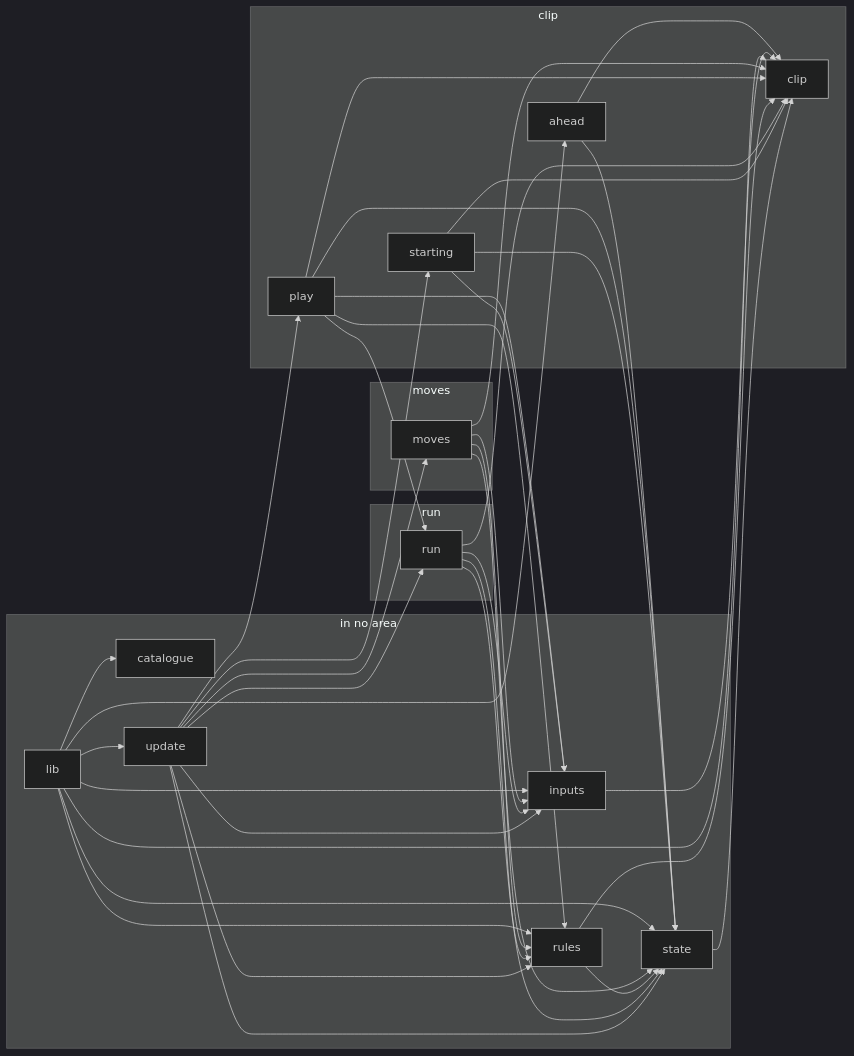
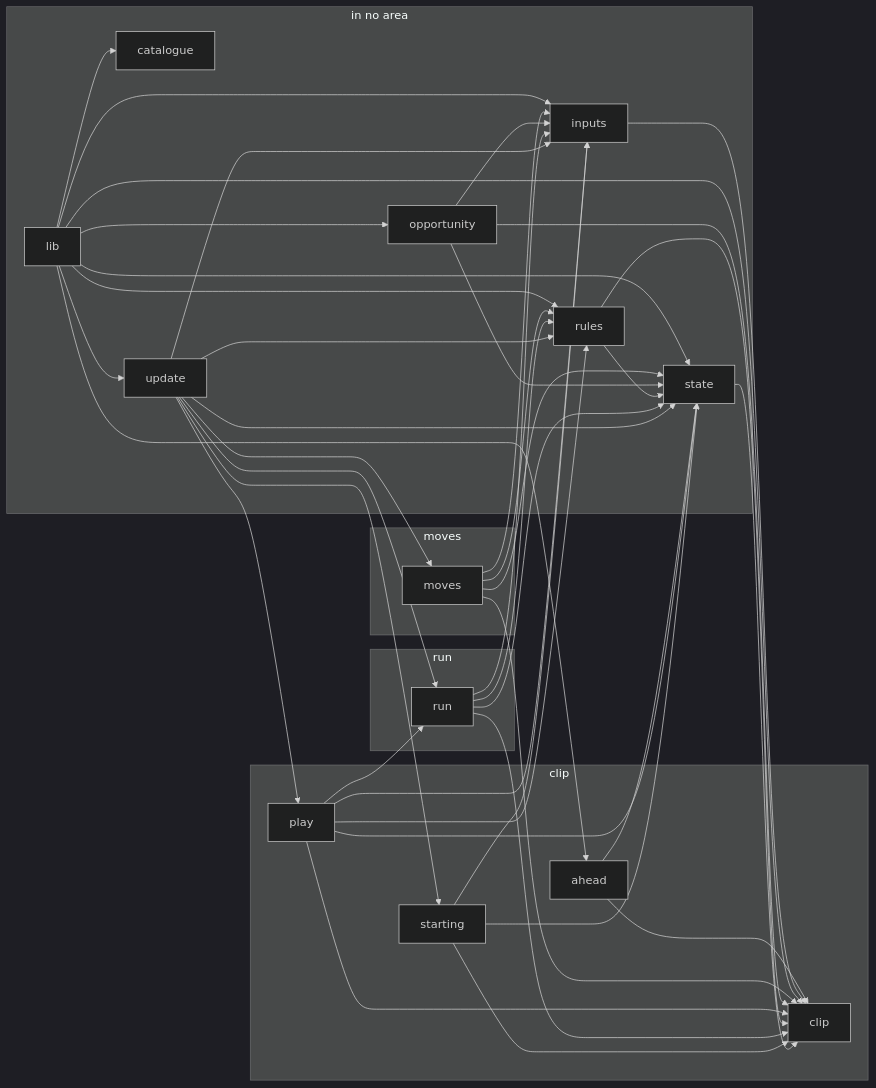
The tenth of 12 diagrams in docs/REPORT.md (JimLundin/sm-decomp), drawn with Mermaid (dark theme) before and after one commit. The commit also changed other lines of this file and 42 other files, not shown here.

````diff
--- a/docs/REPORT.md
+++ b/docs/REPORT.md
@@ -1927,59 +1939,64 @@
 ```mermaid
 graph LR
   subgraph a_in_no_area["in no area"]
     m_catalogue["catalogue"]
     m_inputs["inputs"]
     m_lib["lib"]
+    m_opportunity["opportunity"]
     m_rules["rules"]
     m_state["state"]
     m_update["update"]
   end
   subgraph a_clip["clip"]
     m_ahead["ahead"]
     m_clip["clip"]
     m_play["play"]
     m_starting["starting"]
   end
   subgraph a_moves["moves"]
     m_moves["moves"]
   end
   subgraph a_run["run"]
     m_run["run"]
   end
   m_ahead --> m_clip
   m_ahead --> m_state
   m_inputs --> m_clip
   m_lib --> m_ahead
   m_lib --> m_catalogue
   m_lib --> m_clip
   m_lib --> m_inputs
+  m_lib --> m_opportunity
   m_lib --> m_rules
   m_lib --> m_state
   m_lib --> m_update
   m_moves --> m_clip
   m_moves --> m_inputs
   m_moves --> m_rules
   m_moves --> m_state
+  m_opportunity --> m_clip
+  m_opportunity --> m_inputs
+  m_opportunity --> m_state
   m_play --> m_clip
   m_play --> m_inputs
   m_play --> m_rules
   m_play --> m_run
   m_play --> m_state
   m_rules --> m_clip
   m_rules --> m_state
   m_run --> m_clip
   m_run --> m_inputs
   m_run --> m_rules
   m_run --> m_state
   m_starting --> m_clip
   m_starting --> m_inputs
   m_starting --> m_state
   m_state --> m_clip
   m_update --> m_inputs
   m_update --> m_moves
   m_update --> m_play
   m_update --> m_rules
   m_update --> m_run
   m_update --> m_starting
   m_update --> m_state
 ```
````
